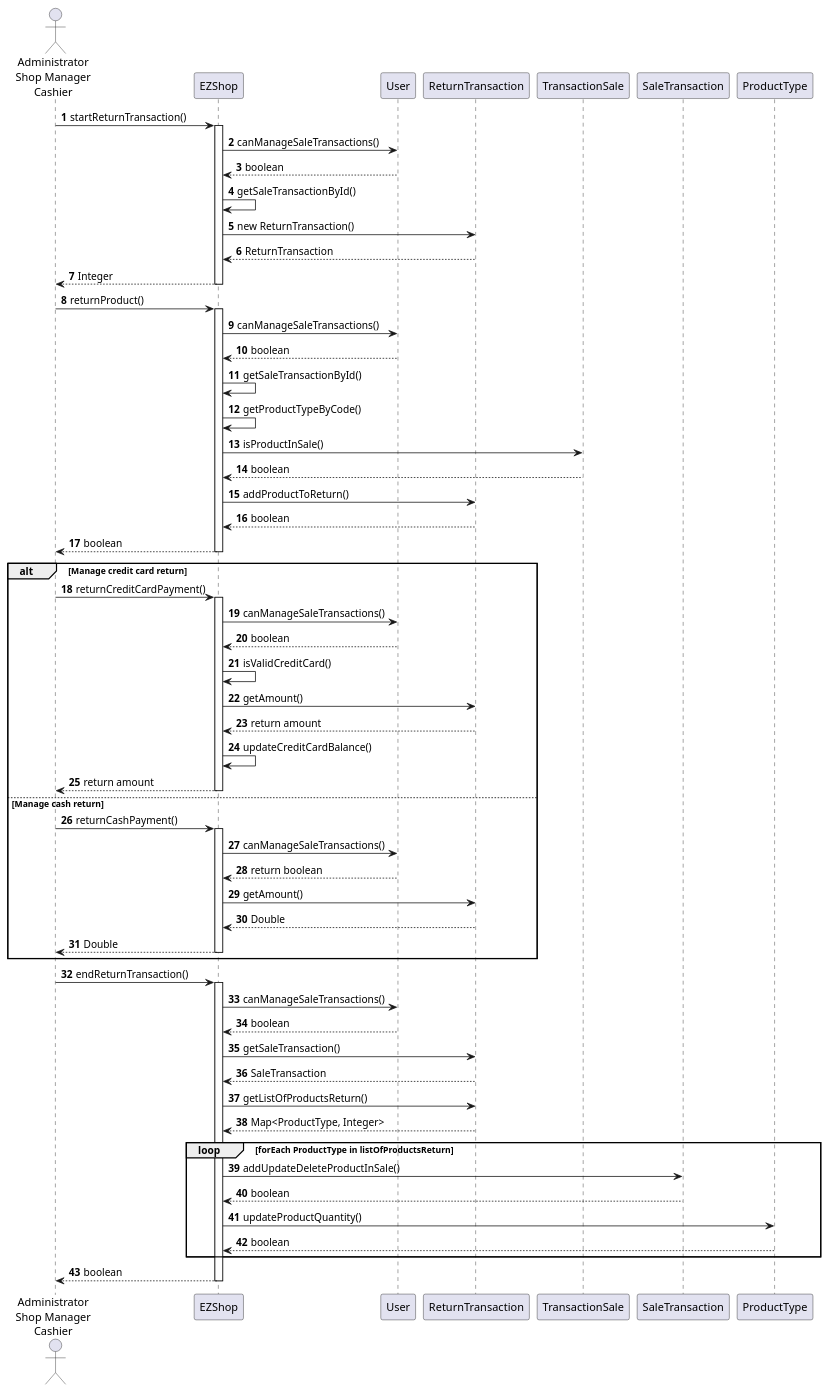
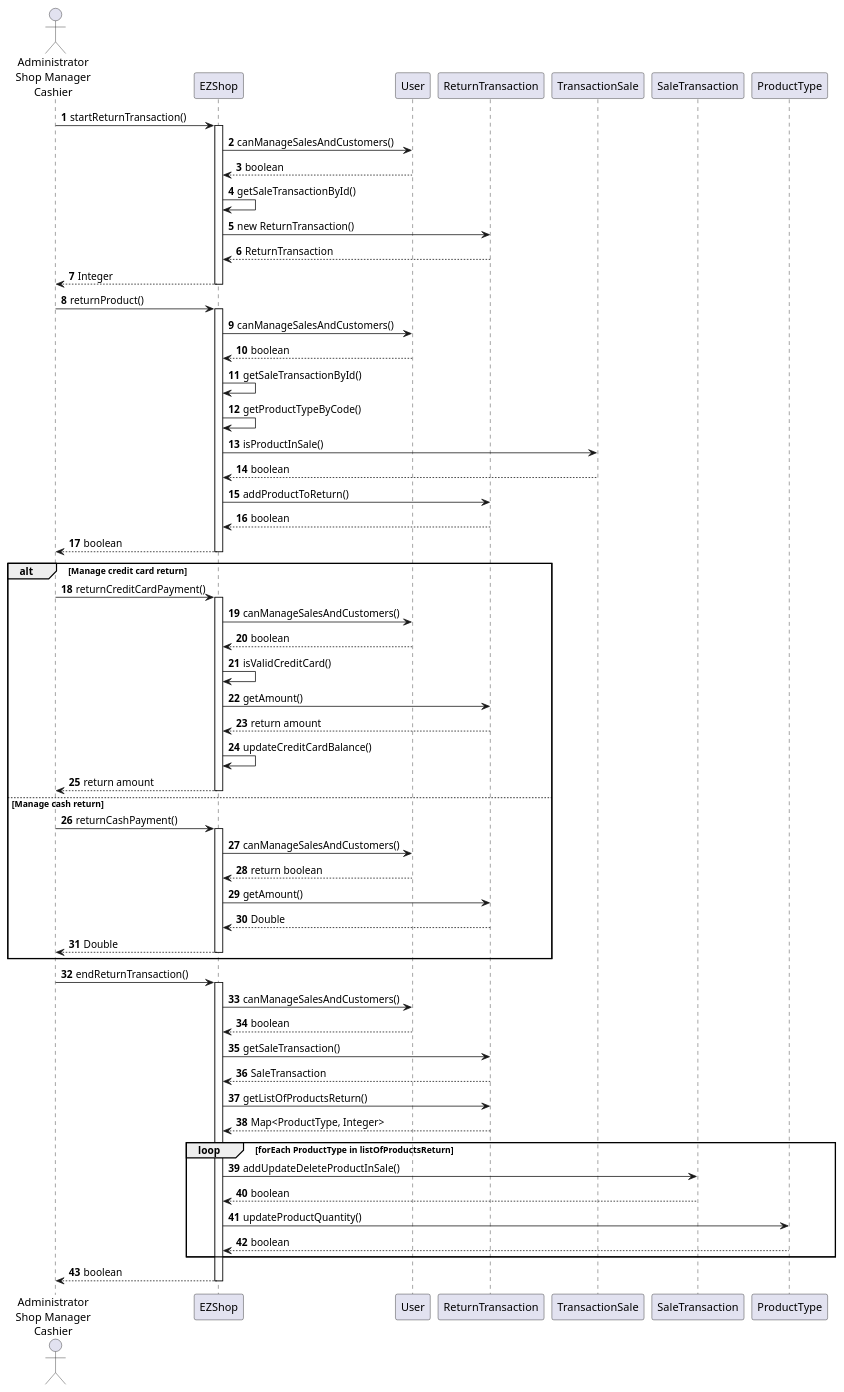
Diagram 17 of 18 in Deliverables/DesignDocument.md (gioele-scaletta/EZShop-Software-Engineering-Project), drawn with PlantUML before and after one commit. The commit also changed other lines of this file and 1 other file, not shown here.

````diff
--- a/Deliverables/DesignDocument.md
+++ b/Deliverables/DesignDocument.md
@@ -612,66 +616,66 @@
 ```plantuml
 actor "Administrator\nShop Manager\nCashier" as user
 
 autonumber
 user -> EZShop : startReturnTransaction()
 activate  EZShop
-EZShop -> User : canManageSaleTransactions()
+EZShop -> User : canManageSalesAndCustomers()
 EZShop <-- User : boolean
 EZShop -> EZShop : getSaleTransactionById()
 EZShop -> ReturnTransaction : new ReturnTransaction()
 EZShop <-- ReturnTransaction : ReturnTransaction
 user <-- EZShop : Integer
 deactivate EZShop
 
 user -> EZShop : returnProduct()
 activate EZShop
-EZShop -> User : canManageSaleTransactions()
+EZShop -> User : canManageSalesAndCustomers()
 EZShop <-- User : boolean
 EZShop -> EZShop : getSaleTransactionById()
 EZShop -> EZShop : getProductTypeByCode()
 EZShop -> TransactionSale : isProductInSale()
 EZShop <-- TransactionSale : boolean
 EZShop -> ReturnTransaction : addProductToReturn()
 EZShop <-- ReturnTransaction : boolean
 user <-- EZShop : boolean
 deactivate EZShop
 
 alt Manage credit card return
     user -> EZShop : returnCreditCardPayment()
     activate EZShop
-    EZShop -> User : canManageSaleTransactions()
+    EZShop -> User : canManageSalesAndCustomers()
     EZShop <-- User : boolean
     EZShop -> EZShop : isValidCreditCard()
     EZShop -> ReturnTransaction : getAmount()
     EZShop <-- ReturnTransaction : return amount
     EZShop -> EZShop : updateCreditCardBalance()
     user <-- EZShop : return amount
     deactivate EZShop
 else Manage cash return
     user -> EZShop : returnCashPayment()
     activate EZShop
-    EZShop -> User : canManageSaleTransactions()
+    EZShop -> User : canManageSalesAndCustomers()
     EZShop <-- User : return boolean
     EZShop -> ReturnTransaction : getAmount()
     EZShop <-- ReturnTransaction : Double
     user <-- EZShop : Double
     deactivate EZShop
 end
 
 user -> EZShop : endReturnTransaction()
 activate EZShop
-EZShop -> User : canManageSaleTransactions()
+EZShop -> User : canManageSalesAndCustomers()
 EZShop <-- User : boolean
 EZShop -> ReturnTransaction : getSaleTransaction()
 EZShop <-- ReturnTransaction : SaleTransaction
 EZShop -> ReturnTransaction : getListOfProductsReturn()
 EZShop <-- ReturnTransaction : Map<ProductType, Integer>
 loop forEach ProductType in listOfProductsReturn
     EZShop -> SaleTransaction : addUpdateDeleteProductInSale()
     EZShop <-- SaleTransaction : boolean
     EZShop -> ProductType : updateProductQuantity()
     EZShop <-- ProductType : boolean
 end
 user <-- EZShop: boolean
 deactivate EZShop
 ```
````
